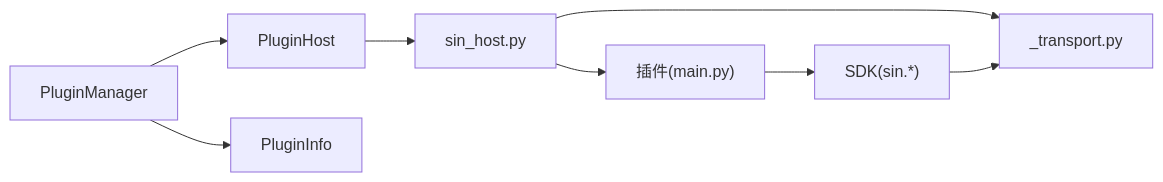
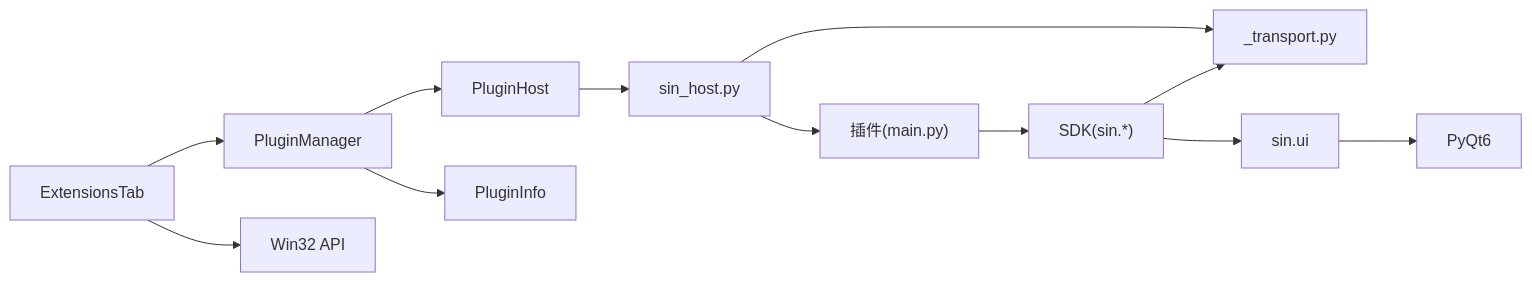
One commit to jakecai1225-design/OpenBus changed the eighth of 8 diagrams in .qoder/repowiki/zh/content/架构设计/插件系统架构/插件系统架构.md. Above: the diagram before and after it, drawn with Mermaid. The commit also changed other lines of this file and 5 other files, not shown here.

````diff
--- a/.qoder/repowiki/zh/content/架构设计/插件系统架构/插件系统架构.md
+++ b/.qoder/repowiki/zh/content/架构设计/插件系统架构/插件系统架构.md
@@ -282,10 +379,14 @@
 ```mermaid
 graph LR
 PM["PluginManager"] --> PH["PluginHost"]
 PM --> PI["PluginInfo"]
+ET["ExtensionsTab"] --> PM
+ET --> WINAPI["Win32 API"]
 PH --> SH["sin_host.py"]
 SH --> TR["_transport.py"]
 SH --> PLG["插件(main.py)"]
 PLG --> SDK["SDK(sin.*)"]
 SDK --> TR
+SDK --> UI["sin.ui"]
+UI --> PYQT["PyQt6"]
 ```
````
